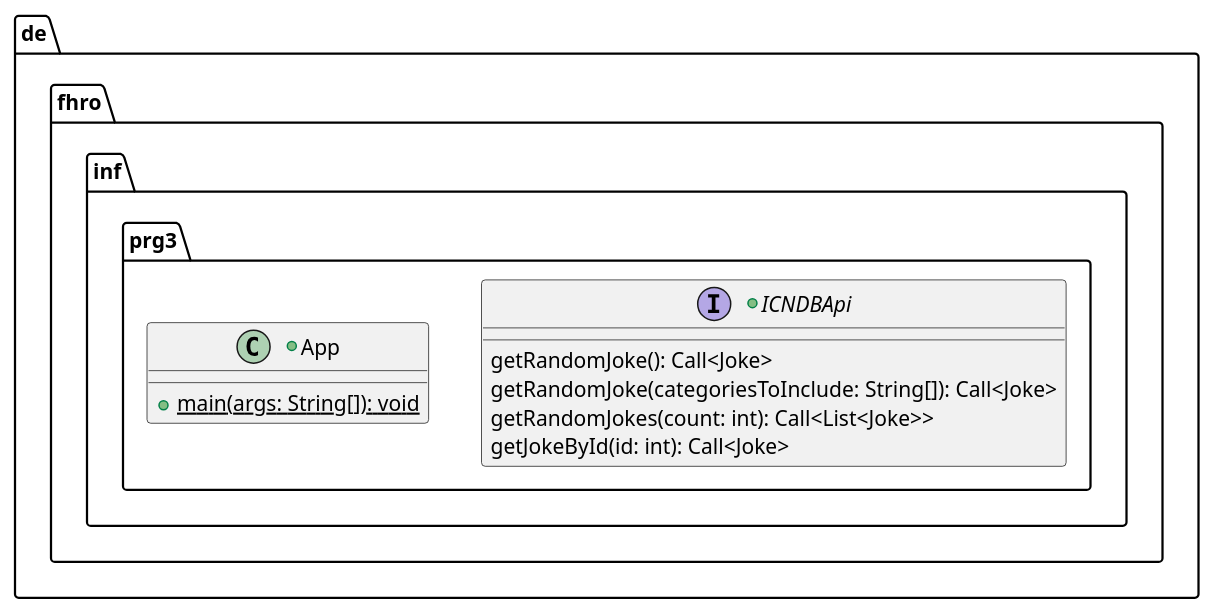
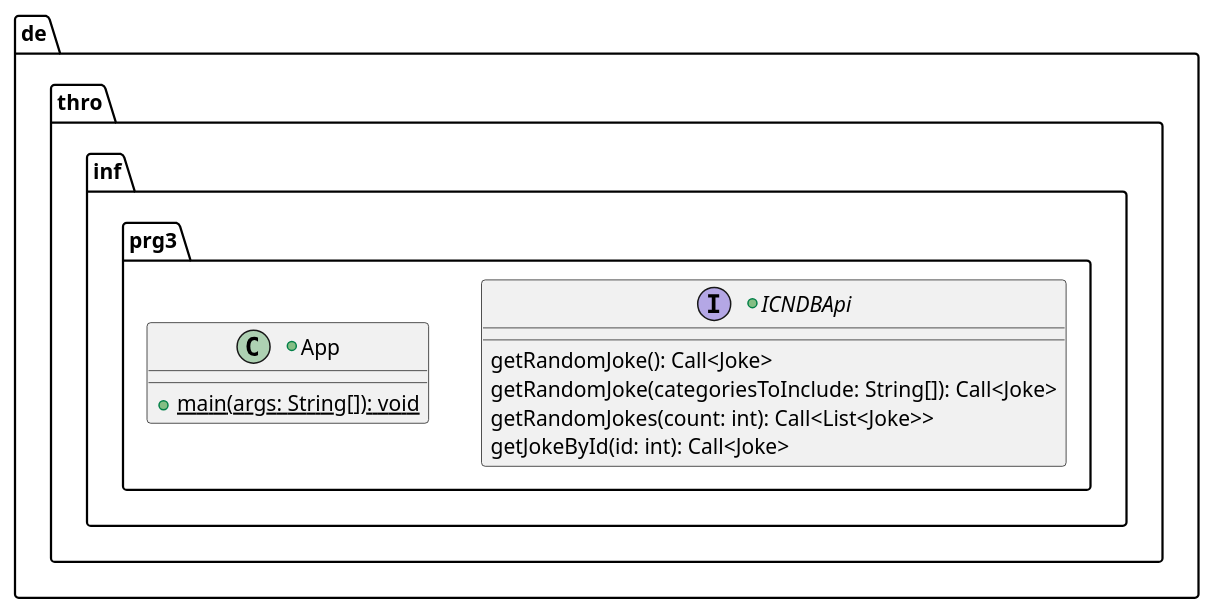
Before and after one commit to wolfol67755/06-annotations-reflection: the diagram in assets/retrofit-spec.plantuml, drawn with PlantUML. The commit also changed 5 other files, not shown here.

Commit message:
Updated UML specs

```diff
--- a/assets/retrofit-spec.plantuml
+++ b/assets/retrofit-spec.plantuml
@@ -1,17 +1,17 @@
 @startuml RetrofitAdapter
 
-package de.fhro.inf.prg3 {
+package de.thro.inf.prg3 {
 
     +interface ICNDBApi {
         getRandomJoke(): Call<Joke>
         getRandomJoke(categoriesToInclude: String[]): Call<Joke>
         getRandomJokes(count: int): Call<List<Joke>>
         getJokeById(id: int): Call<Joke>
     }
 
     +class App {
         +{static} main(args: String[]): void
     }
 }
 
 @enduml
```
